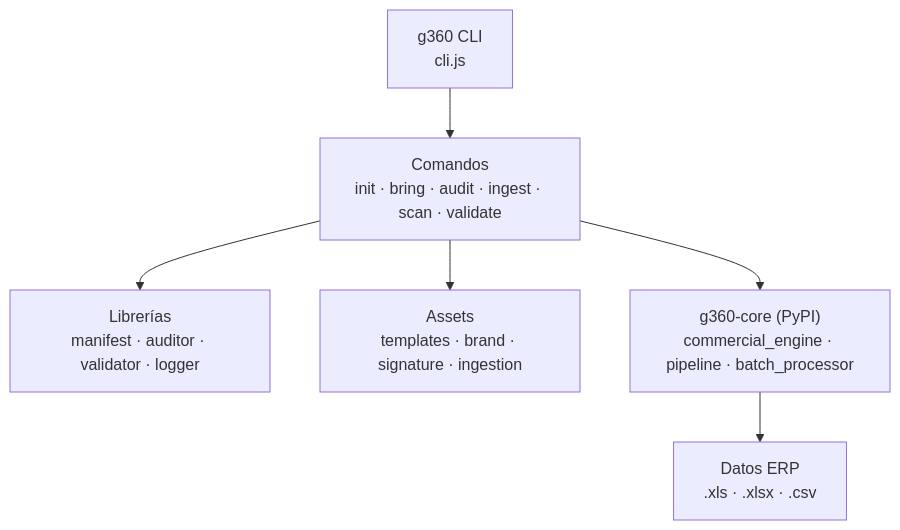
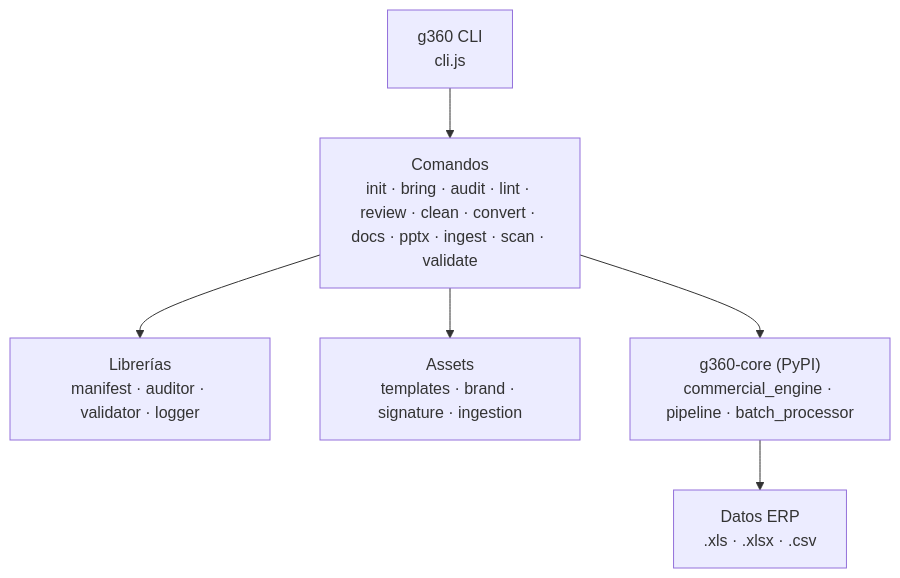
The diagram in README.md (carloscus/g360-cli), drawn with Mermaid before and after one commit. The commit also changed other lines of this file and 35 other files, not shown here.

````diff
--- a/README.md
+++ b/README.md
@@ -16,15 +16,15 @@
 ```mermaid
 flowchart TD
     CLI["g360 CLI<br/>cli.js"]
-    CMD["Comandos<br/>init · bring · audit · ingest · scan · validate"]
+    CMD["Comandos<br/>init · bring · audit · lint · review · clean · convert · docs · pptx · ingest · scan · validate"]
     LIB["Librerías<br/>manifest · auditor · validator · logger"]
     ASSETS["Assets<br/>templates · brand · signature · ingestion"]
     PY["g360-core (PyPI)<br/>commercial_engine · pipeline · batch_processor"]
     ERP["Datos ERP<br/>.xls · .xlsx · .csv"]
 
     CLI --> CMD
     CMD --> LIB
     CMD --> ASSETS
     CMD --> PY
     PY --> ERP
 ```
````
